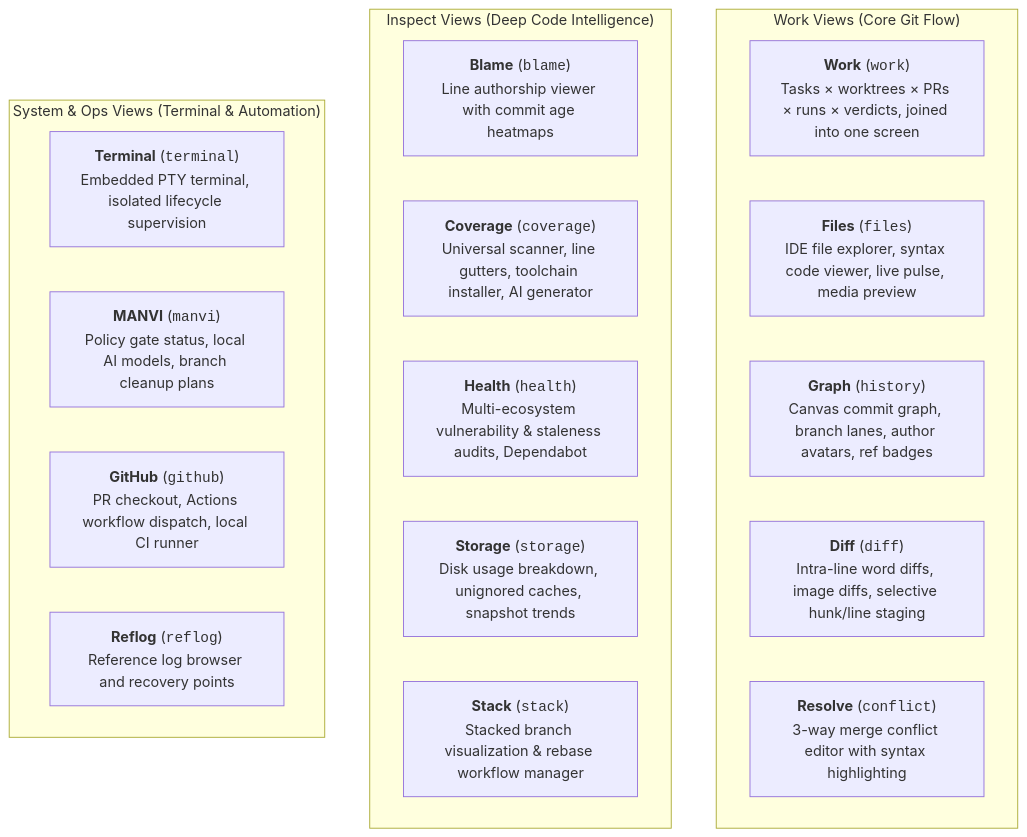
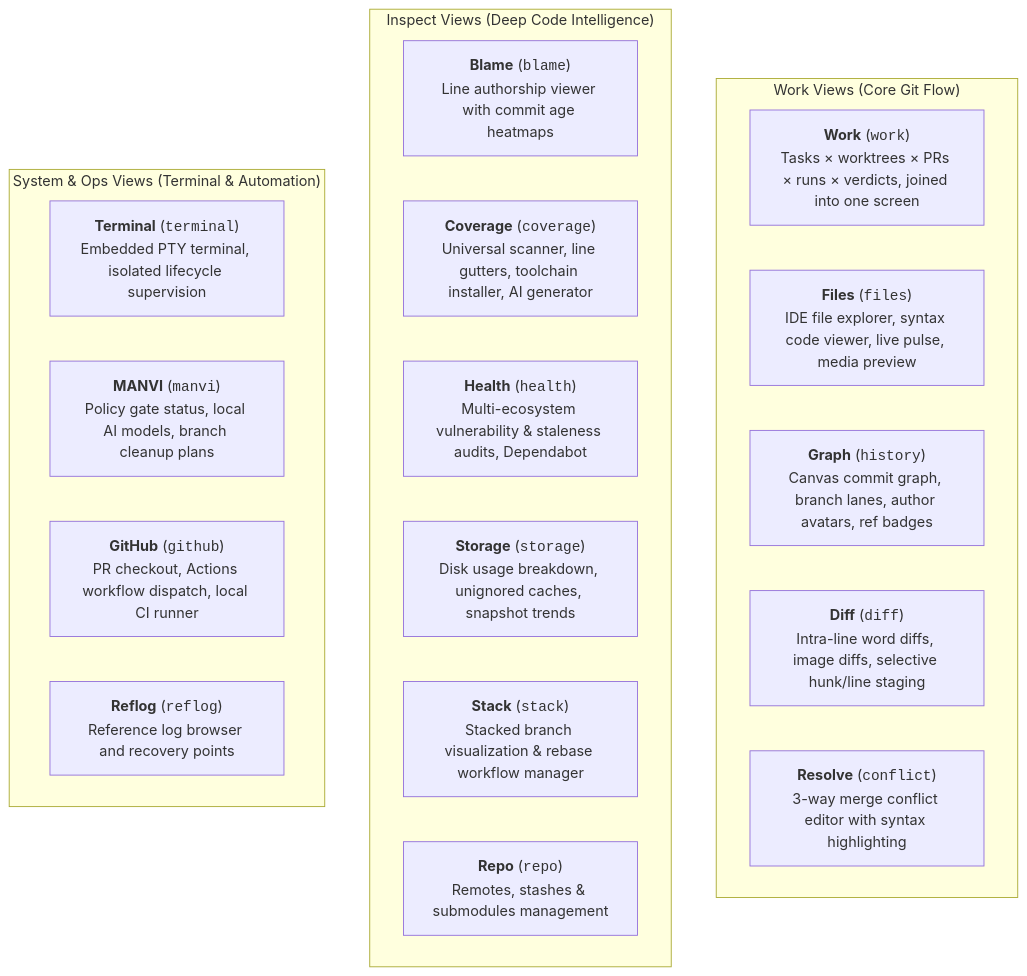
Before and after one commit to bharathvbcr/GitPulse: the first of 2 diagrams in docs/FEATURES.md, drawn with Mermaid. The commit also changed other lines of this file and 2 other files, not shown here.

````diff
--- a/docs/FEATURES.md
+++ b/docs/FEATURES.md
@@ -5,25 +5,26 @@
 ```mermaid
 flowchart TD
     subgraph WorkGroup["Work Views (Core Git Flow)"]
         Work["<b>Work</b> (<code>work</code>)<br/>Tasks × worktrees × PRs × runs × verdicts, joined into one screen"]
         Files["<b>Files</b> (<code>files</code>)<br/>IDE file explorer, syntax code viewer, live pulse, media preview"]
         History["<b>Graph</b> (<code>history</code>)<br/>Canvas commit graph, branch lanes, author avatars, ref badges"]
         Diff["<b>Diff</b> (<code>diff</code>)<br/>Intra-line word diffs, image diffs, selective hunk/line staging"]
         Conflict["<b>Resolve</b> (<code>conflict</code>)<br/>3-way merge conflict editor with syntax highlighting"]
     end
 
     subgraph InspectGroup["Inspect Views (Deep Code Intelligence)"]
         Blame["<b>Blame</b> (<code>blame</code>)<br/>Line authorship viewer with commit age heatmaps"]
         Coverage["<b>Coverage</b> (<code>coverage</code>)<br/>Universal scanner, line gutters, toolchain installer, AI generator"]
         Health["<b>Health</b> (<code>health</code>)<br/>Multi-ecosystem vulnerability & staleness audits, Dependabot"]
         Storage["<b>Storage</b> (<code>storage</code>)<br/>Disk usage breakdown, unignored caches, snapshot trends"]
         Stack["<b>Stack</b> (<code>stack</code>)<br/>Stacked branch visualization & rebase workflow manager"]
+        Repo["<b>Repo</b> (<code>repo</code>)<br/>Remotes, stashes & submodules management"]
     end
 
     subgraph SystemGroup["System & Ops Views (Terminal & Automation)"]
         Terminal["<b>Terminal</b> (<code>terminal</code>)<br/>Embedded PTY terminal, isolated lifecycle supervision"]
         MANVI["<b>MANVI</b> (<code>manvi</code>)<br/>Policy gate status, local AI models, branch cleanup plans"]
         GitHub["<b>GitHub</b> (<code>github</code>)<br/>PR checkout, Actions workflow dispatch, local CI runner"]
         Reflog["<b>Reflog</b> (<code>reflog</code>)<br/>Reference log browser and recovery points"]
     end
 ```
````
